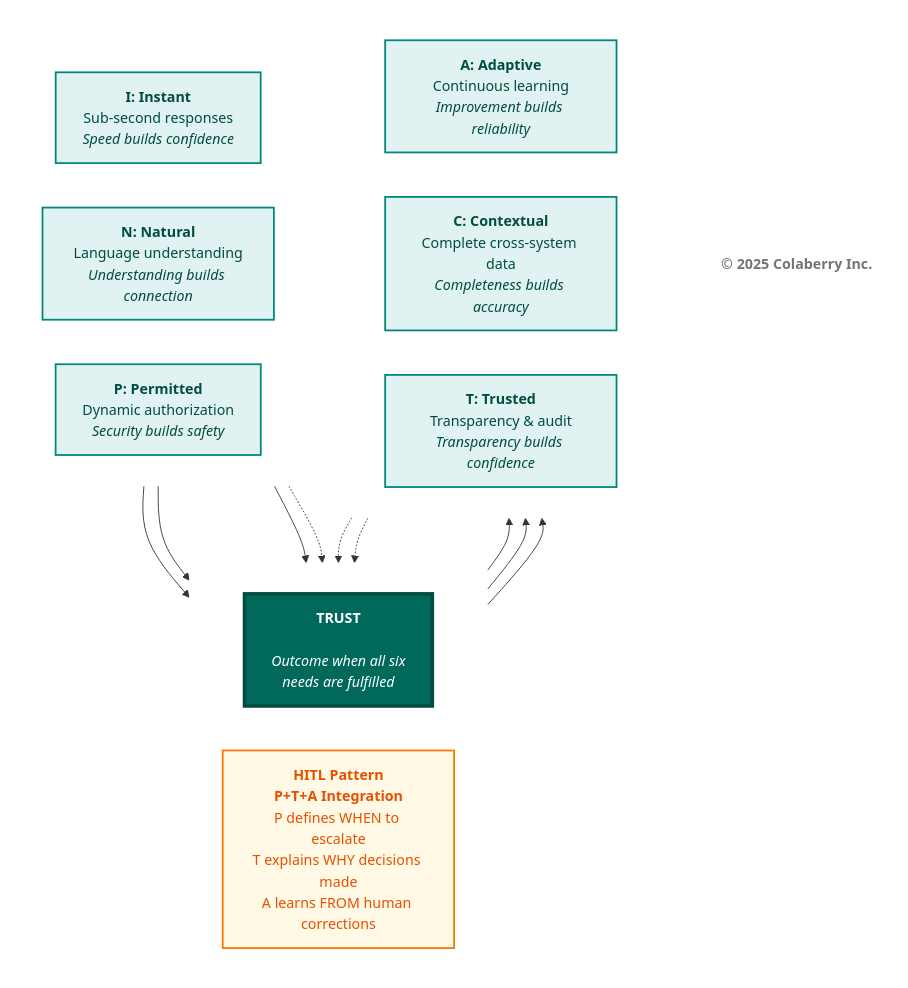
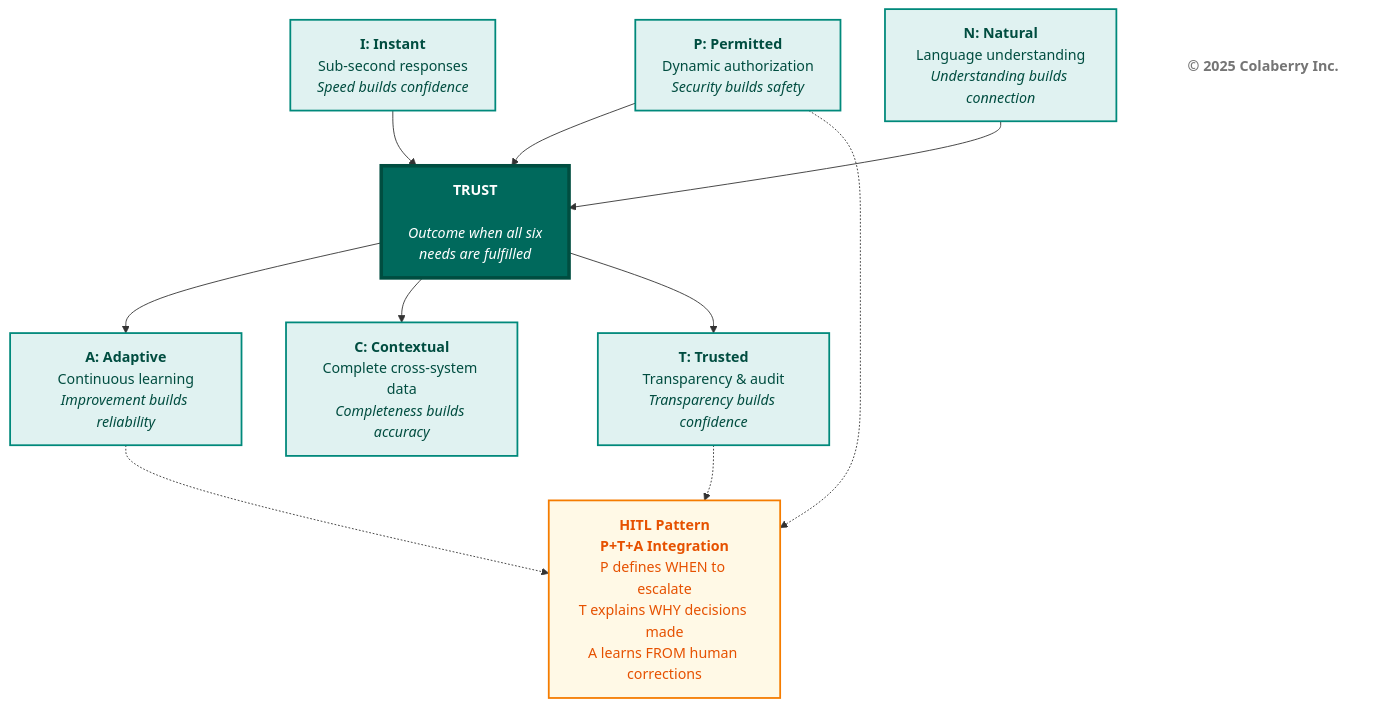
Before and after one commit to colaberry/enterprise-data-readiness-ai-agents: the second of 9 diagrams in chapter-00/chapter_00_complete.md, drawn with Mermaid.

Commit message:
HITL moving around in 6 needs
HITL moving around in 6 needs

````diff
--- a/chapter-00/chapter_00_complete.md
+++ b/chapter-00/chapter_00_complete.md
@@ -151,48 +151,36 @@
 ```mermaid
 graph TB
-    subgraph TOP[" "]
-        direction LR
-        I["<b>I: Instant</b><br/>Sub-second responses<br/><i>Speed builds confidence</i>"]
-        N["<b>N: Natural</b><br/>Language understanding<br/><i>Understanding builds connection</i>"]
-        P["<b>P: Permitted</b><br/>Dynamic authorization<br/><i>Security builds safety</i>"]
-    end
+    I["<b>I: Instant</b><br/>Sub-second responses<br/><i>Speed builds confidence</i>"]
+    N["<b>N: Natural</b><br/>Language understanding<br/><i>Understanding builds connection</i>"]
+    P["<b>P: Permitted</b><br/>Dynamic authorization<br/><i>Security builds safety</i>"]
     
-    subgraph MIDDLE[" "]
-        direction LR
-        CENTER["<b>TRUST</b><br/><br/><i>Outcome when all six<br/>needs are fulfilled</i>"]
-        HITL["<b>HITL Pattern</b><br/><b>P+T+A Integration</b><br/>P defines WHEN to escalate<br/>T explains WHY decisions made<br/>A learns FROM human corrections"]
-    end
+    CENTER["<b>TRUST</b><br/><br/><i>Outcome when all six<br/>needs are fulfilled</i>"]
+    HITL["<b>HITL Pattern</b><br/><b>P+T+A Integration</b><br/>P defines WHEN to escalate<br/>T explains WHY decisions made<br/>A learns FROM human corrections"]
     
-    subgraph BOTTOM[" "]
-        direction LR
-        A["<b>A: Adaptive</b><br/>Continuous learning<br/><i>Improvement builds reliability</i>"]
-        C["<b>C: Contextual</b><br/>Complete cross-system data<br/><i>Completeness builds accuracy</i>"]
-        T["<b>T: Trusted</b><br/>Transparency & audit<br/><i>Transparency builds confidence</i>"]
-    end
+    A["<b>A: Adaptive</b><br/>Continuous learning<br/><i>Improvement builds reliability</i>"]
+    C["<b>C: Contextual</b><br/>Complete cross-system data<br/><i>Completeness builds accuracy</i>"]
+    T["<b>T: Trusted</b><br/>Transparency & audit<br/><i>Transparency builds confidence</i>"]
     
     I --> CENTER
     N --> CENTER
     P --> CENTER
     CENTER --> A
     CENTER --> C
     CENTER --> T
     
     P -.-> HITL
     T -.-> HITL
     A -.-> HITL
     
-    style TOP fill:#ffffff,stroke:none
-    style MIDDLE fill:#ffffff,stroke:none
-    style BOTTOM fill:#ffffff,stroke:none
     style CENTER fill:#00695c,color:#ffffff,stroke:#004d40,stroke-width:4px
     style I fill:#e0f2f1,stroke:#00897b,stroke-width:2px,color:#004d40
     style N fill:#e0f2f1,stroke:#00897b,stroke-width:2px,color:#004d40
     style P fill:#e0f2f1,stroke:#00897b,stroke-width:2px,color:#004d40
     style A fill:#e0f2f1,stroke:#00897b,stroke-width:2px,color:#004d40
     style C fill:#e0f2f1,stroke:#00897b,stroke-width:2px,color:#004d40
     style T fill:#e0f2f1,stroke:#00897b,stroke-width:2px,color:#004d40
     style HITL fill:#fff9e6,stroke:#f57c00,stroke-width:2px,color:#e65100
     
     Copyright["<b>© 2025 Colaberry Inc.</b>"]
     style Copyright fill:#ffffff,stroke:none,color:#757575
 ```
````
